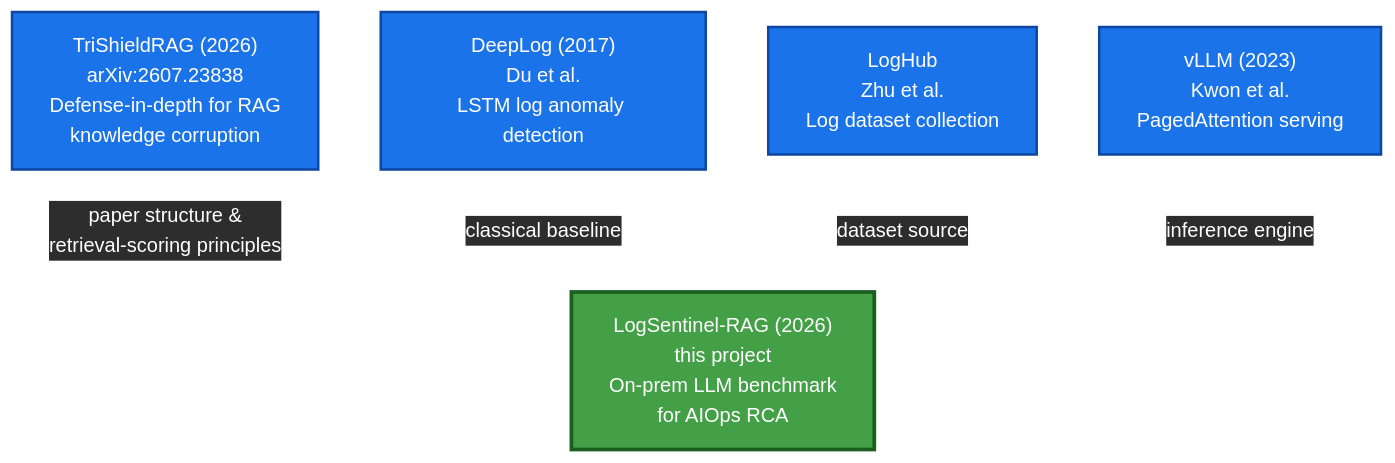
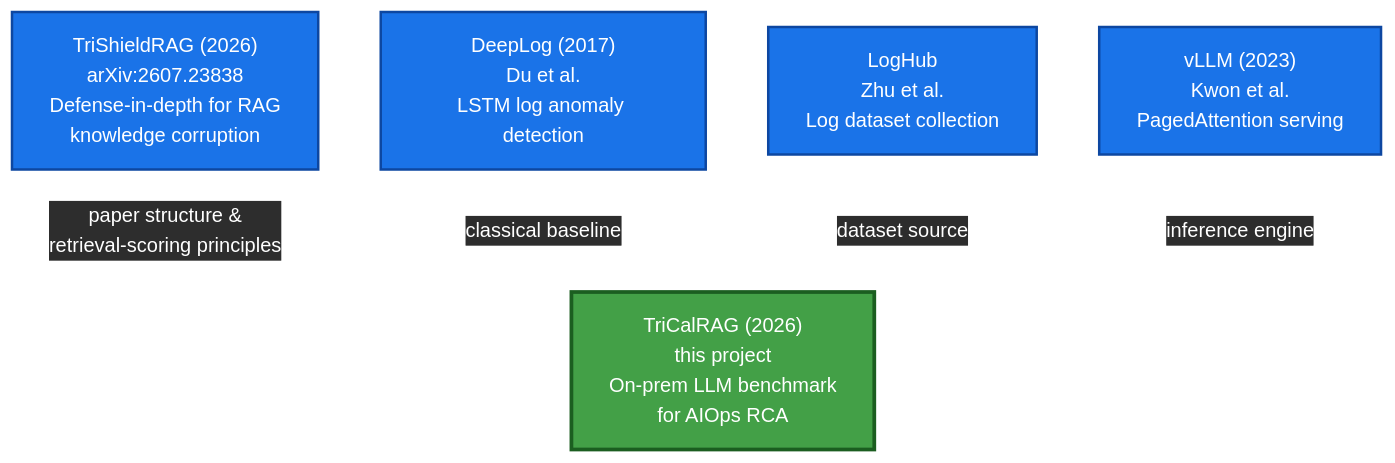
One commit to rpaut03l/tricalrag-llm-gpu-aiops changed the sixth of 8 diagrams in README.md. Above: the diagram before and after it, drawn with Mermaid. The commit also changed other lines of this file and 9 other files, not shown here.

Commit message:
TriCalRAG rename, ablation results, results figure

````diff
--- a/README.md
+++ b/README.md
@@ -211,12 +211,12 @@
 ```mermaid
 %%{init: {'theme': 'base', 'themeVariables': { 'lineColor': '#ffffff', 'edgeLabelBackground': '#2d2d2d', 'textColor': '#ffffff' }}}%%
 flowchart TD
-    T["TriShieldRAG (2026)<br/>arXiv:2607.23838<br/>Defense-in-depth for RAG<br/>knowledge corruption"]:::prior -.->|"paper structure &<br/>retrieval-scoring principles"| L["LogSentinel-RAG (2026)<br/>this project<br/>On-prem LLM benchmark<br/>for AIOps RCA"]:::thiswork
+    T["TriShieldRAG (2026)<br/>arXiv:2607.23838<br/>Defense-in-depth for RAG<br/>knowledge corruption"]:::prior -.->|"paper structure &<br/>retrieval-scoring principles"| L["TriCalRAG (2026)<br/>this project<br/>On-prem LLM benchmark<br/>for AIOps RCA"]:::thiswork
     DL["DeepLog (2017)<br/>Du et al.<br/>LSTM log anomaly detection"]:::prior -.->|"classical baseline"| L
     LH["LogHub<br/>Zhu et al.<br/>Log dataset collection"]:::prior -.->|"dataset source"| L
     VL["vLLM (2023)<br/>Kwon et al.<br/>PagedAttention serving"]:::prior -.->|"inference engine"| L
 
     classDef prior fill:#1a73e8,stroke:#0d47a1,stroke-width:2px,color:#ffffff
     classDef thiswork fill:#43a047,stroke:#1b5e20,stroke-width:3px,color:#ffffff
     linkStyle default stroke:#ffffff,stroke-width:2px,color:#ffffff
 ```
````
